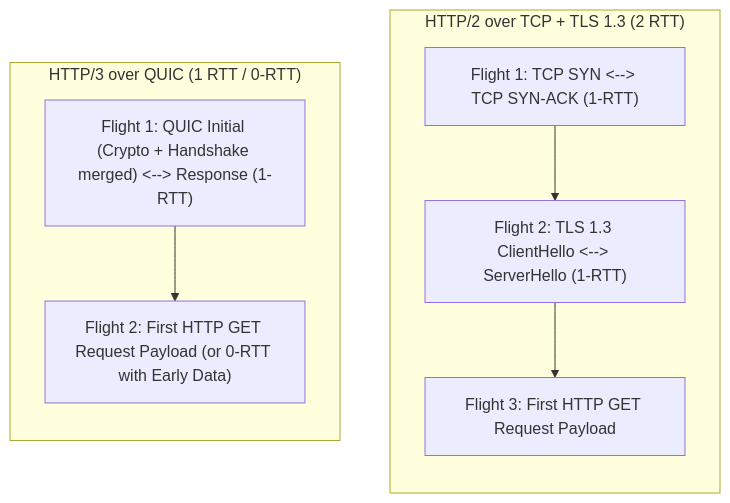
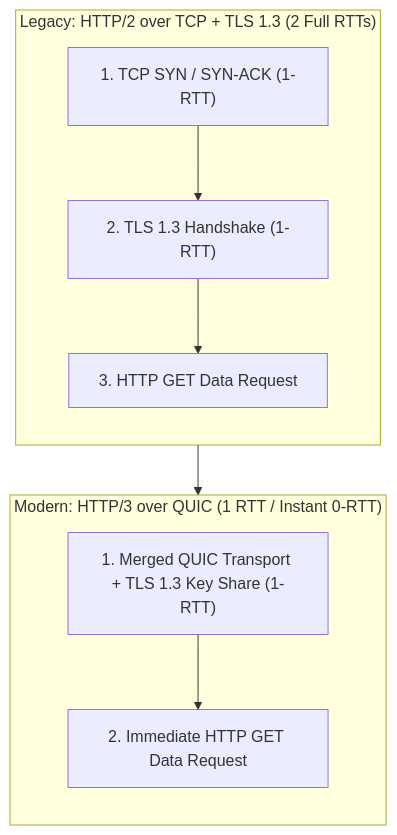
Before and after one commit to naimurhasan/naimurhasan.github.io: the third of 3 diagrams in _posts/2026-09-14-http3-explained-why-the-internet-moved-to-quic.md, drawn with Mermaid. The commit also changed other lines of this file and 28 other files, not shown here.

Commit message:
fix(blog): refactor all Mermaid diagrams to vertical legible layouts and restore in-body illustrations

````diff
--- a/_posts/2026-09-14-http3-explained-why-the-internet-moved-to-quic.md
+++ b/_posts/2026-09-14-http3-explained-why-the-internet-moved-to-quic.md
@@ -81,17 +75,12 @@
 ```mermaid
 flowchart TD
-  subgraph Legacy ["HTTP/2 over TCP + TLS 1.3 (2 RTT)"]
+  subgraph L ["Legacy: HTTP/2 over TCP + TLS 1.3 (2 Full RTTs)"]
     direction TB
-    L1["Flight 1: TCP SYN <--> TCP SYN-ACK (1-RTT)"]
-    L2["Flight 2: TLS 1.3 ClientHello <--> ServerHello (1-RTT)"]
-    L3["Flight 3: First HTTP GET Request Payload"]
-    L1 --> L2 --> L3
+    L1["1. TCP SYN / SYN-ACK (1-RTT)"] --> L2["2. TLS 1.3 Handshake (1-RTT)"] --> L3["3. HTTP GET Data Request"]
   end
-
-  subgraph Modern ["HTTP/3 over QUIC (1 RTT / 0-RTT)"]
+  subgraph M ["Modern: HTTP/3 over QUIC (1 RTT / Instant 0-RTT)"]
     direction TB
-    M1["Flight 1: QUIC Initial (Crypto + Handshake merged) <--> Response (1-RTT)"]
-    M2["Flight 2: First HTTP GET Request Payload (or 0-RTT with Early Data)"]
-    M1 --> M2
+    M1["1. Merged QUIC Transport + TLS 1.3 Key Share (1-RTT)"] --> M2["2. Immediate HTTP GET Data Request"]
   end
+  L --> M
 ```
````
